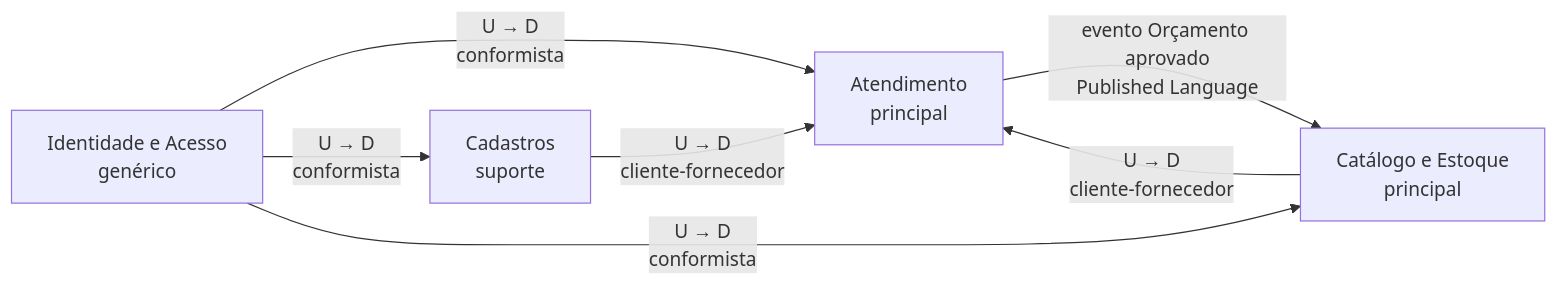
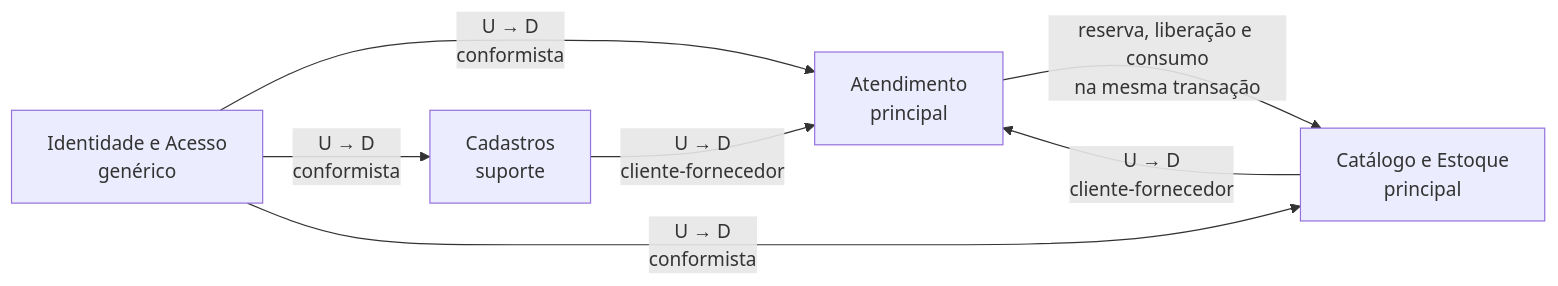
The diagram in docs/ddd/mapa-de-contexto.md (freddominugez/FIAP_CARLOS_FREDERICO), drawn with Mermaid before and after one commit. The commit also changed other lines of this file and 22 other files, not shown here.

First line of the commit message:
D+8: documentação revisada contra o código, C4 em PlantUML e roteiro do vídeo

````diff
--- a/docs/ddd/mapa-de-contexto.md
+++ b/docs/ddd/mapa-de-contexto.md
@@ -5,14 +5,14 @@
 ```mermaid
 flowchart LR
   ID[Identidade e Acesso<br/>genérico]
   CAD[Cadastros<br/>suporte]
   AT[Atendimento<br/>principal]
   EST[Catálogo e Estoque<br/>principal]
 
   CAD -- "U → D<br/>cliente-fornecedor" --> AT
   EST -- "U → D<br/>cliente-fornecedor" --> AT
-  AT -- "evento Orçamento aprovado<br/>Published Language" --> EST
+  AT -- "reserva, liberação e consumo<br/>na mesma transação" --> EST
   ID -- "U → D<br/>conformista" --> AT
   ID -- "U → D<br/>conformista" --> CAD
   ID -- "U → D<br/>conformista" --> EST
 ```
````
